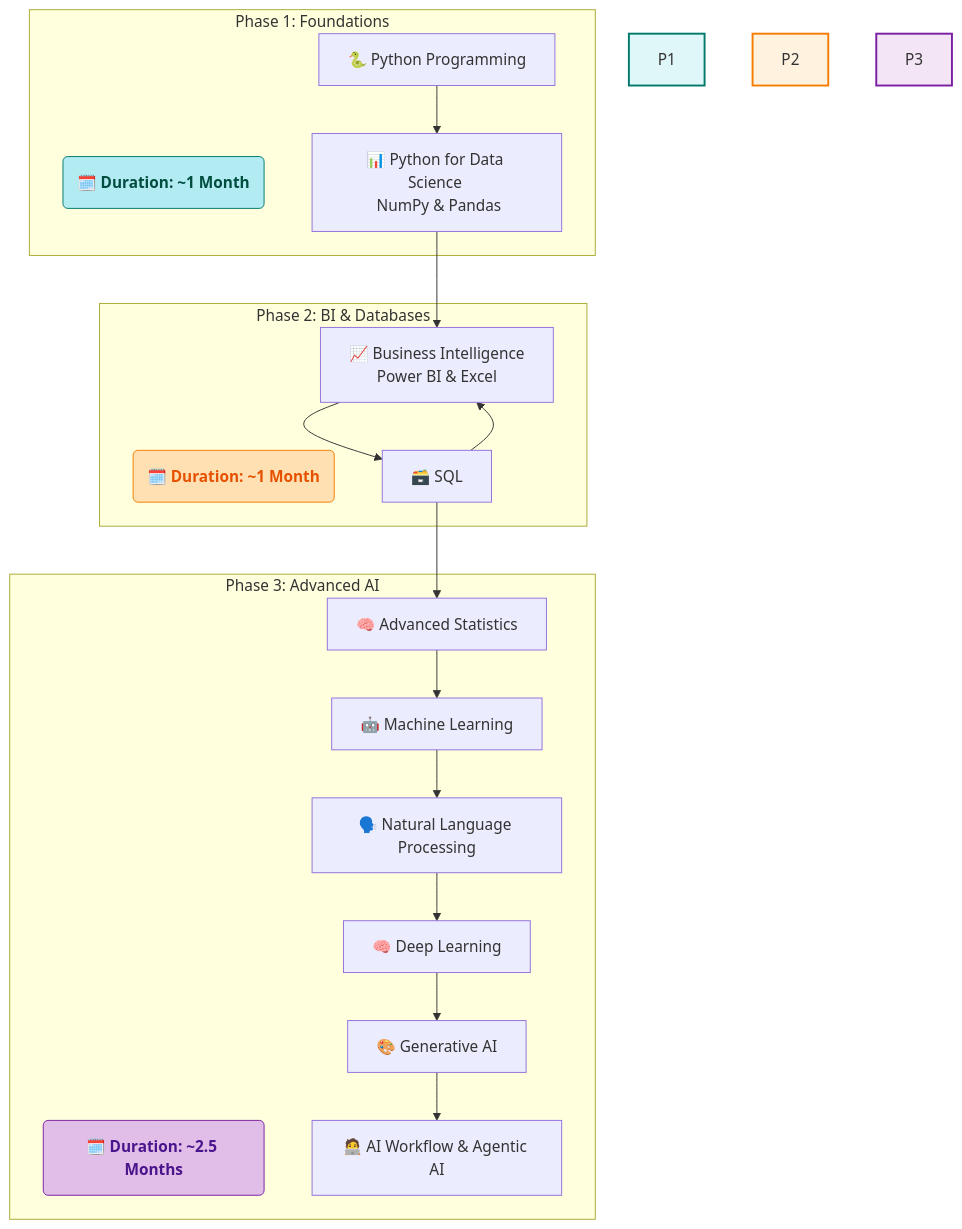
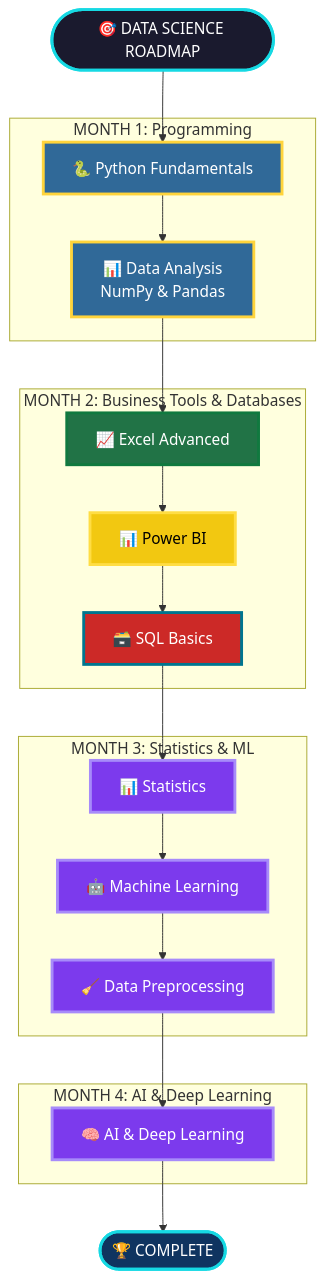
The first of 2 diagrams in README.md (riyann00b/SDHub-DS), drawn with Mermaid before and after one commit. The commit also changed other lines of this file, not shown here.

````diff
--- a/README.md
+++ b/README.md
@@ -65,31 +67,62 @@
 ```mermaid
-graph TD
-    subgraph "Phase 1: Foundations"
-        style P1 fill:#e0f7fa,stroke:#00796b,stroke-width:2px
-        P1_duration("🗓️ <b>Duration: ~1 Month</b>")
-        style P1_duration fill:#b2ebf2,stroke:#00796b,color:#004d40
-        A[🐍 Python Programming] --> B[📊 Python for Data Science <br> NumPy & Pandas];
+flowchart TD
+    Start([🎯 DATA SCIENCE ROADMAP])
+
+    %% --- MONTH 1 ---
+    subgraph M1["MONTH 1: Programming"]
+        A[🐍 Python Fundamentals]
+        B[📊 Data Analysis<br/>NumPy & Pandas]
+        A --> B
     end
 
-    subgraph "Phase 2: BI & Databases"
-        style P2 fill:#fff3e0,stroke:#f57c00,stroke-width:2px
-        P2_duration("🗓️ <b>Duration: ~1 Month</b>")
-        style P2_duration fill:#ffe0b2,stroke:#f57c00,color:#e65100
-        C[🗃️ SQL] --> D[📈 Business Intelligence <br> Power BI & Excel];
+    %% --- MONTH 2 ---
+    subgraph M2["MONTH 2: Business Tools & Databases"]
+        C[📈 Excel Advanced]
+        D[📊 Power BI]
+        E[🗃️ SQL Basics]
+        C --> D
+        D --> E
     end
 
-    subgraph "Phase 3: Advanced AI"
-        style P3 fill:#f3e5f5,stroke:#7b1fa2,stroke-width:2px
-        P3_duration("🗓️ <b>Duration: ~2.5 Months</b>")
-        style P3_duration fill:#e1bee7,stroke:#7b1fa2,color:#4a148c
-        E[🧠 Advanced Statistics] --> F[🤖 Machine Learning];
-        F --> G[🗣️ Natural Language Processing];
-        G --> H[🧠 Deep Learning];
-        H --> I[🎨 Generative AI];
-        I --> J[🧑‍💻 AI Workflow & Agentic AI];
+    %% --- MONTH 3 ---
+    subgraph M3["MONTH 3: Statistics & ML"]
+        F[📊 Statistics]
+        G[🤖 Machine Learning]
+        H[🧹 Data Preprocessing]
+        F --> G --> H
     end
 
-    B --> D;
-    D --> C;
-    C --> E;
+    %% --- MONTH 4 ---
+    subgraph M4["MONTH 4: AI & Deep Learning"]
+        I[🧠 AI & Deep Learning]
+    end
+
+    %% FLOW
+    Start --> A
+    B --> C
+    E --> F
+    H --> I
+    I --> End([🏆 COMPLETE])
+
+    %% Brand Colors
+    style Start fill:#1a1a2e,stroke:#16d9e3,stroke-width:3px,color:#ffffff
+    style End fill:#0f3460,stroke:#16d9e3,stroke-width:3px,color:#ffffff
+
+    %% Python - Blue/Yellow
+    style A fill:#306998,stroke:#ffd43b,stroke-width:3px,color:#ffffff
+    style B fill:#306998,stroke:#ffd43b,stroke-width:3px,color:#ffffff
+
+    %% Excel - Green
+    style C fill:#217346,stroke:#10793f,stroke-width:3px,color:#ffffff
+
+    %% Power BI - Yellow
+    style D fill:#f2c811,stroke:#ffdd44,stroke-width:3px,color:#000000
+
+    %% SQL - Red/Blue
+    style E fill:#cc2927,stroke:#00758f,stroke-width:3px,color:#ffffff
+
+    %% AI/ML - Purple Theme
+    classDef aiml fill:#7c3aed,stroke:#a78bfa,stroke-width:3px,color:#ffffff
+    class F,G,H,I aiml
+
 ```
````
